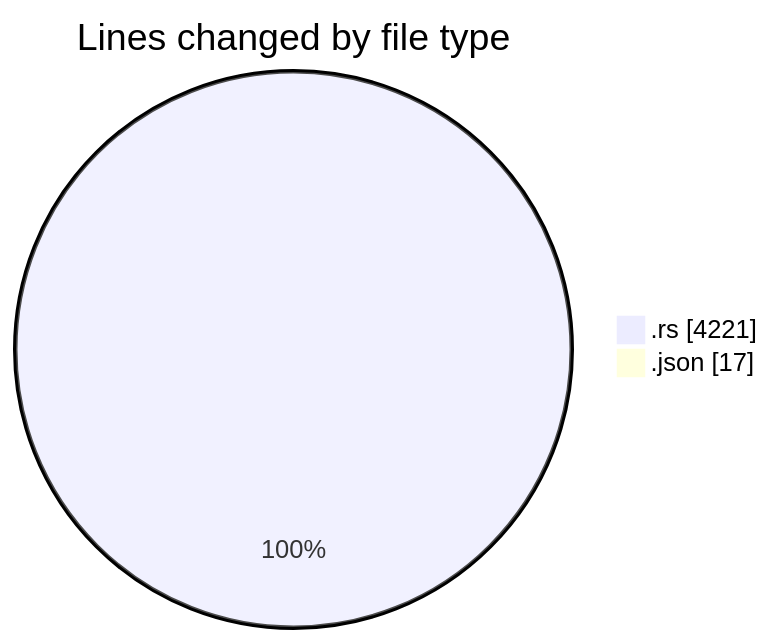
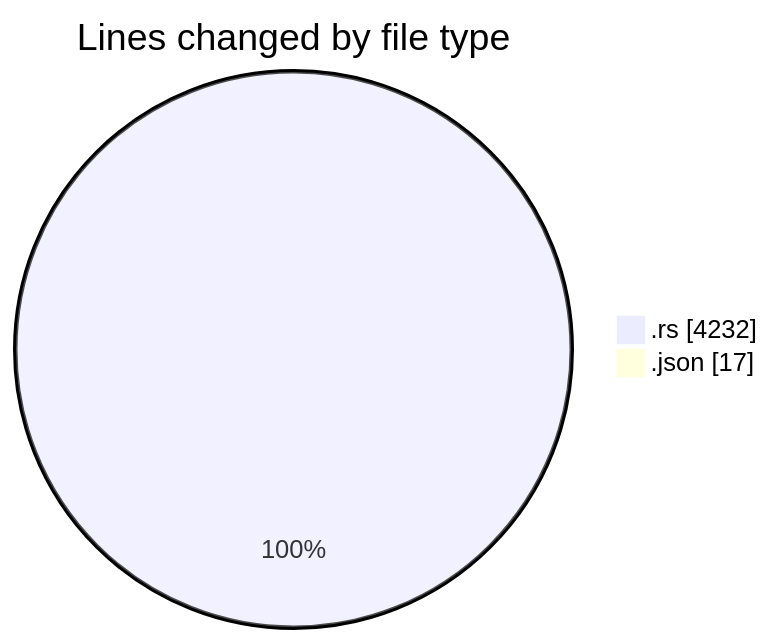
Before and after one commit to Ritupan-Deka/code-tracking: the first of 2 diagrams in 2025-12-28/rust/README.md, drawn with Mermaid. The commit also changed other lines of this file and 1 other file, not shown here.

````diff
--- a/2025-12-28/rust/README.md
+++ b/2025-12-28/rust/README.md
@@ -23,6 +23,6 @@
 ```mermaid
 pie showData
 title Lines changed by file type
-".rs" : 4221
+".rs" : 4232
 ".json" : 17
 ```
````
